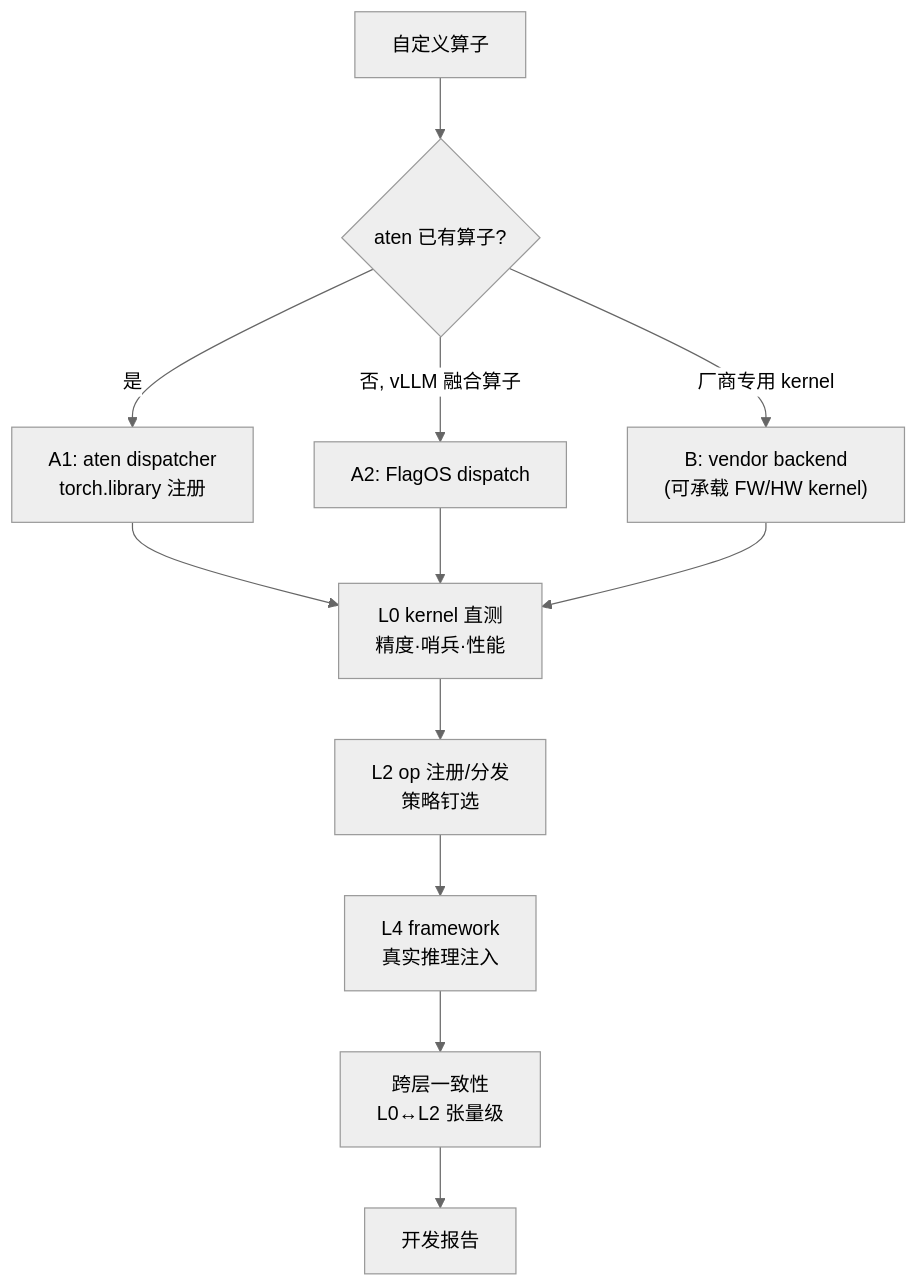
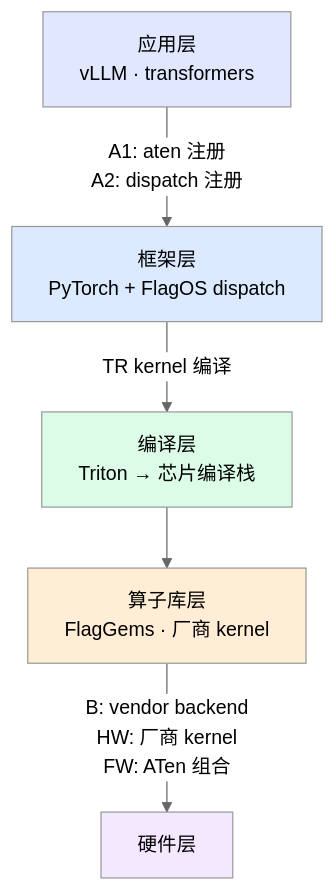
One commit to FLAG-OP/FlagOS-OP changed the diagram in docs/architecture.md. Above: the diagram before and after it, drawn with Mermaid (neutral theme). The commit also changed other lines of this file and 1 other file, not shown here.

Commit message:
refactor: 体系图从抽象分类改为物理栈视角
原根图将开发层级/路线/验证/支撑画成四个平行子图——但这些概念
对应的是同一个物理栈的不同层，分裂绘制人为制造了分离感。

参照 FlagGems/vLLM/Triton 的栈式图:
- 根图: 应用层→框架层→编译层→算子库层→硬件层 垂直栈 + 概念映射表
- architecture 路线图: 同物理栈 + 路线/层级标注在对应层的边上
- 删除四子图平行结构，概念在对应层就地标注（验证层级/路线/开发层级）

````diff
--- a/docs/architecture.md
+++ b/docs/architecture.md
@@ -42,12 +42,19 @@
 ```mermaid
-flowchart TD
-    OP["自定义算子"] --> Q1{"aten 已有算子?"}
-    Q1 -->|是| A1["A1: aten dispatcher<br/>torch.library 注册"]
-    Q1 -->|"否, vLLM 融合算子"| A2["A2: FlagOS dispatch"]
-    Q1 -->|"厂商专用 kernel"| B["B: vendor backend<br/>(可承载 FW/HW kernel)"]
-    A1 & A2 & B --> L0["L0 kernel 直测<br/>精度·哨兵·性能"]
-    L0 --> L2["L2 op 注册/分发<br/>策略钉选"]
-    L2 --> L4["L4 framework<br/>真实推理注入"]
-    L4 --> CONS["跨层一致性<br/>L0↔L2 张量级"]
-    CONS --> RPT["开发报告"]
+flowchart TB
+    APP["应用层<br/>vLLM · transformers"]
+    FW["框架层<br/>PyTorch + FlagOS dispatch"]
+    COMP["编译层<br/>Triton → 芯片编译栈"]
+    OPS["算子库层<br/>FlagGems · 厂商 kernel"]
+    HW["硬件层"]
+
+    APP -->|"A1: aten 注册<br/>A2: dispatch 注册"| FW
+    FW -->|"TR kernel 编译"| COMP
+    COMP --> OPS
+    OPS -->|"B: vendor backend<br/>HW: 厂商 kernel<br/>FW: ATen 组合"| HW
+
+    style APP fill:#e0e7ff
+    style FW fill:#dbeafe
+    style COMP fill:#dcfce7
+    style OPS fill:#ffedd5
+    style HW fill:#f3e8ff
 ```
````
